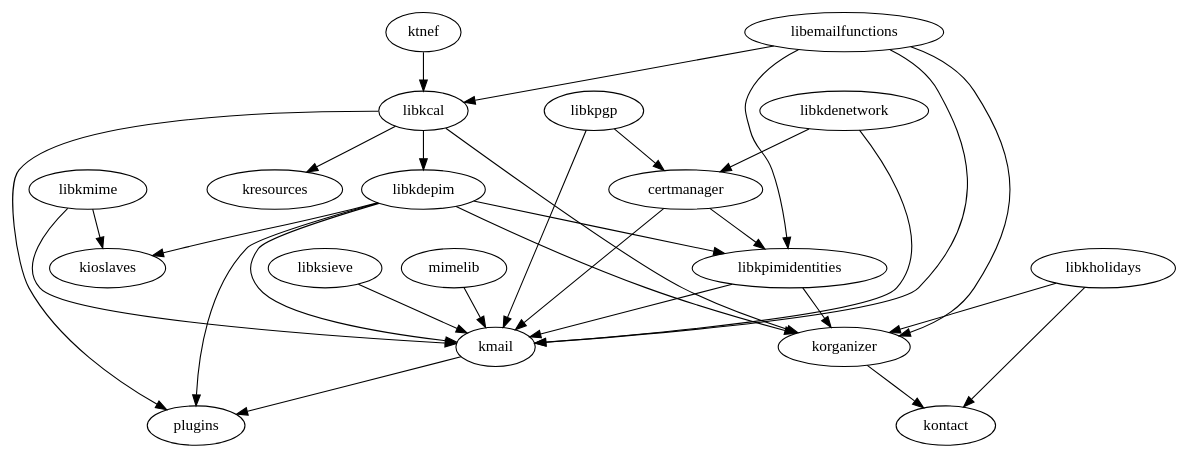
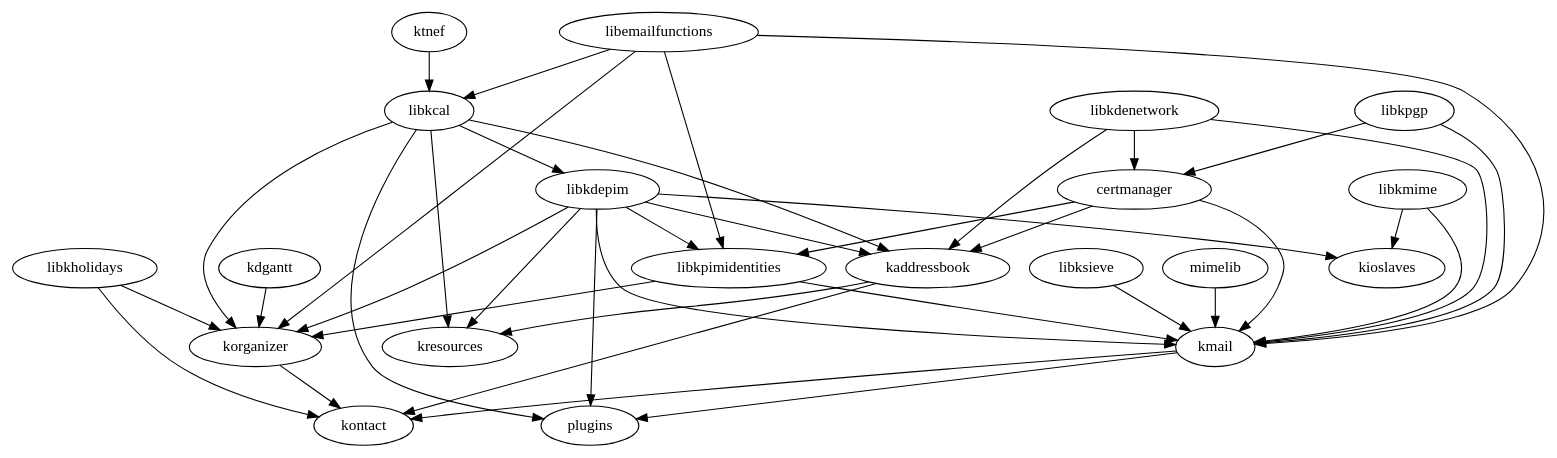
Before and after one commit to kde3-revival/kde3-pim: the diagram in dependency-graph.dot, drawn with Graphviz. The commit also changed 2 other files, not shown here.

Commit message:
Fix leftovers in README, MAINTAINERS and dependency-graph.dot
- README: the scope sentence no longer promises usenet news and sticky
  notes (KNode and KNotes are gone); libkdenetwork's users are now
  only "KMail" (no KNode); the kioslaves entry lists what is built
  (imap4, mbox and the optional sieve) instead of only sieve; drop
  "calendarsystem", a directory that does not exist (not even in the
  pristine 3.5.10 sources).
- MAINTAINERS: Zack Rusin is credited for libkdepim's addressesdialog
  only; komposer was removed in 020e5d1.
- dependency-graph.dot: add the missing edges "kmail" -> "kontact"
  (the kontact KMail plugin includes kmail's generated headers),
  "libkdepim" -> "kresources", "kdgantt" -> "korganizer" (korganizer
  links libkdgantt), and the edges of the restored KAddressBook:
  certmanager, libkcal, libkdenetwork and libkdepim -> kaddressbook
  (its link lines), kaddressbook -> kontact (Contacts plugin) and
  kaddressbook -> kresources (birthdays resource, libkabcommon).

Claude-Session: https://claude.ai/code/session_01JxnZoEReKsyQc2VjeArbEo

```diff
--- a/dependency-graph.dot
+++ b/dependency-graph.dot
@@ -1,33 +1,42 @@
 # to create a ps file use 'dot -Tps -o dependency-graph.ps dependency-graph.dot' (dot it part of the graphviz package)
 digraph "inter-dependency graph for kdepim" {
+        "certmanager" -> "kaddressbook";
         "certmanager" -> "kmail";
         "certmanager" -> "libkpimidentities";
+        "kaddressbook" -> "kontact";
+        "kaddressbook" -> "kresources";
+        "kdgantt" -> "korganizer";
+        "kmail" -> "kontact";
         "kmail" -> "plugins";
         "korganizer" -> "kontact";
         "ktnef" -> "libkcal";
         "libemailfunctions" -> "kmail";
         "libemailfunctions" -> "korganizer";
         "libemailfunctions" -> "libkcal";
         "libemailfunctions" -> "libkpimidentities";
+        "libkcal" -> "kaddressbook";
         "libkcal" -> "korganizer";
         "libkcal" -> "kresources";
         "libkcal" -> "libkdepim";
         "libkcal" -> "plugins";
         "libkdenetwork" -> "certmanager";
+        "libkdenetwork" -> "kaddressbook";
         "libkdenetwork" -> "kmail";
+        "libkdepim" -> "kaddressbook";
         "libkdepim" -> "kioslaves";
         "libkdepim" -> "kmail";
         "libkdepim" -> "korganizer";
+        "libkdepim" -> "kresources";
         "libkdepim" -> "libkpimidentities";
         "libkdepim" -> "plugins";
         "libkholidays" -> "kontact";
         "libkholidays" -> "korganizer";
         "libkmime" -> "kioslaves";
         "libkmime" -> "kmail";
         "libkpgp" -> "certmanager";
         "libkpgp" -> "kmail";
         "libkpimidentities" -> "kmail";
         "libkpimidentities" -> "korganizer";
         "libksieve" -> "kmail";
         "mimelib" -> "kmail";
 }
```
